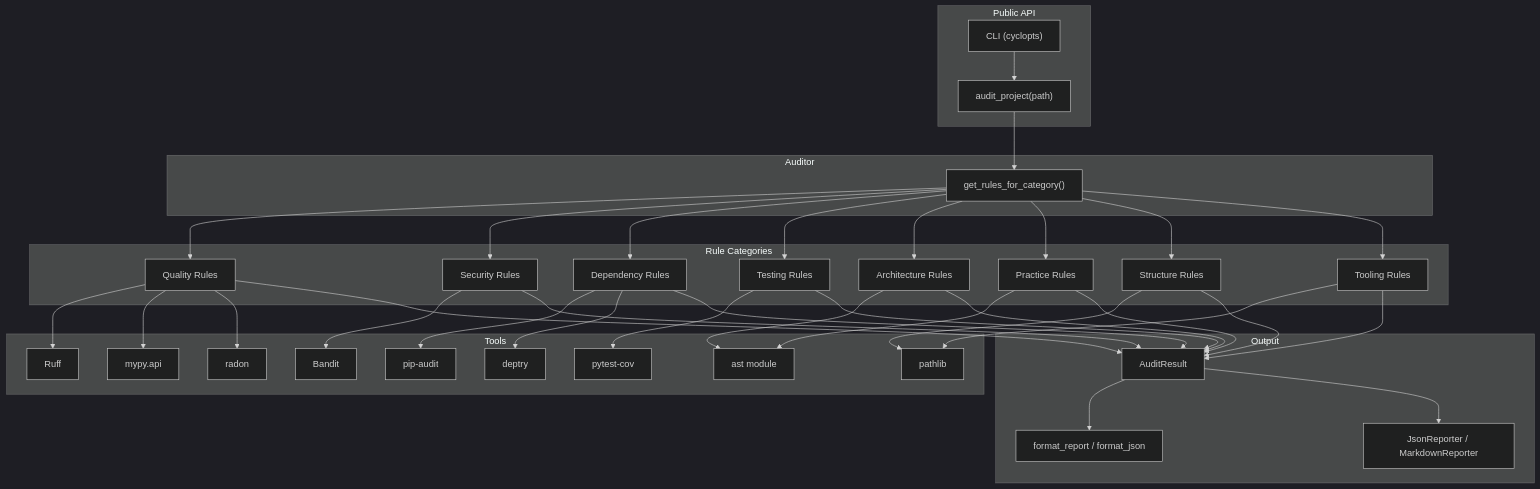
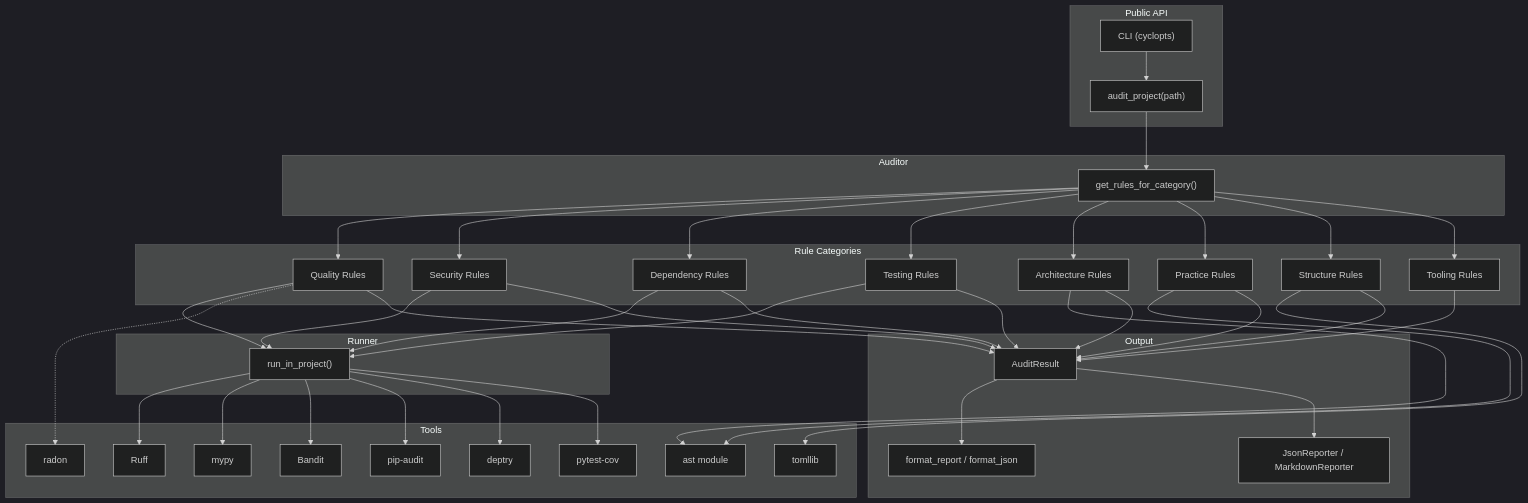
The first of 2 diagrams in docs/explanation/architecture.md (axm-protocols/axm-audit), drawn with Mermaid (dark theme) before and after one commit. The commit also changed other lines of this file and 2 other files, not shown here.

Commit message:
docs: update for run_in_project pattern
- Architecture diagram: add Runner layer between rules and tools
- Tool integration table: show run_in_project() calls
- Test count: 164 → 174 in README and index.md

````diff
--- a/docs/explanation/architecture.md
+++ b/docs/explanation/architecture.md
@@ -7,72 +7,79 @@
 ```mermaid
 graph TD
     subgraph "Public API"
         CLI["CLI (cyclopts)"]
         AuditFn["audit_project(path)"]
     end
 
     subgraph "Auditor"
         Rules["get_rules_for_category()"]
     end
 
     subgraph "Rule Categories"
         Quality["Quality Rules"]
         Security["Security Rules"]
         Deps["Dependency Rules"]
         Testing["Testing Rules"]
         Arch["Architecture Rules"]
         Practice["Practice Rules"]
         Structure["Structure Rules"]
         Tooling["Tooling Rules"]
     end
 
+    subgraph "Runner"
+        RunInProject["run_in_project()"]
+    end
+
     subgraph "Tools"
         Ruff["Ruff"]
-        MyPy["mypy.api"]
+        MyPy["mypy"]
         Radon["radon"]
         Bandit["Bandit"]
         PipAudit["pip-audit"]
         Deptry["deptry"]
         PytestCov["pytest-cov"]
         AST["ast module"]
-        FS["pathlib"]
+        Tomllib["tomllib"]
     end
 
     subgraph "Output"
         Result["AuditResult"]
         Formatters["format_report / format_json"]
         Reporters["JsonReporter / MarkdownReporter"]
     end
 
     CLI --> AuditFn
     AuditFn --> Rules
     Rules --> Quality
     Rules --> Security
     Rules --> Deps
     Rules --> Testing
     Rules --> Arch
     Rules --> Practice
     Rules --> Structure
     Rules --> Tooling
-    Quality --> Ruff
-    Quality --> MyPy
-    Quality --> Radon
-    Security --> Bandit
-    Deps --> PipAudit
-    Deps --> Deptry
-    Testing --> PytestCov
+    Quality --> RunInProject
+    Security --> RunInProject
+    Deps --> RunInProject
+    Testing --> RunInProject
+    RunInProject --> Ruff
+    RunInProject --> MyPy
+    RunInProject --> Bandit
+    RunInProject --> PipAudit
+    RunInProject --> Deptry
+    RunInProject --> PytestCov
+    Quality -.-> Radon
     Arch --> AST
     Practice --> AST
-    Structure --> FS
-    Tooling --> FS
+    Structure --> Tomllib
     Quality --> Result
     Security --> Result
     Deps --> Result
     Testing --> Result
     Arch --> Result
     Practice --> Result
     Structure --> Result
     Tooling --> Result
     Result --> Formatters
     Result --> Reporters
 ```
````
